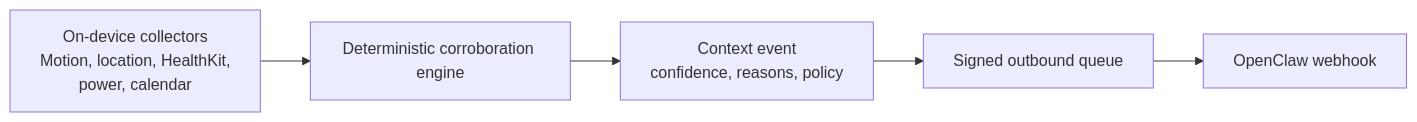
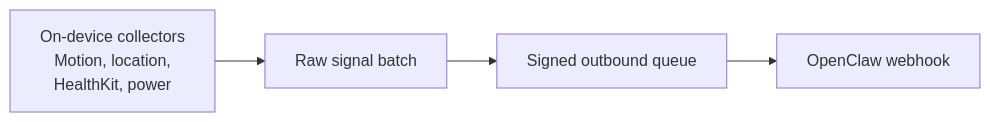
Before and after one commit to Sense-Kit/sense-kit: the diagram in README.md, drawn with Mermaid. The commit also changed other lines of this file and 5 other files, not shown here.

Commit message:
docs: rewrite spec for raw signal batches

````diff
--- a/README.md
+++ b/README.md
@@ -50,7 +48,6 @@
 ```mermaid
 flowchart LR
-    A["On-device collectors<br/>Motion, location, HealthKit,<br/>power, calendar"] --> B["Deterministic corroboration engine"]
-    B --> C["Context event<br/>confidence, reasons, policy"]
-    C --> D["Signed outbound queue"]
-    D --> E["OpenClaw webhook"]
+    A["On-device collectors<br/>Motion, location,<br/>HealthKit, power"] --> B["Raw signal batch"]
+    B --> C["Signed outbound queue"]
+    C --> D["OpenClaw webhook"]
 ```
````
